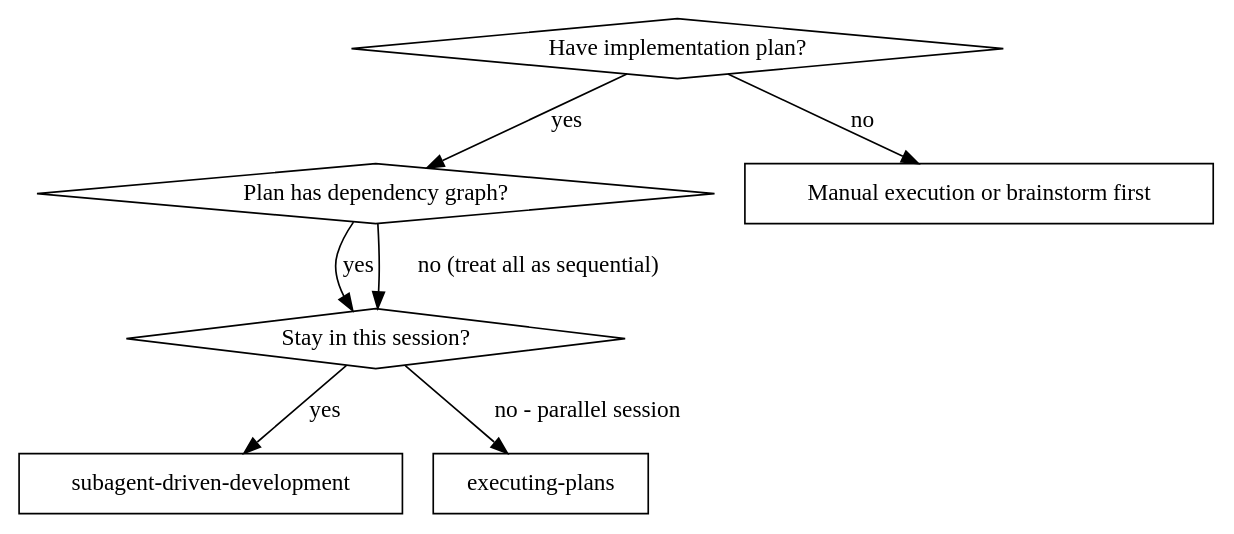
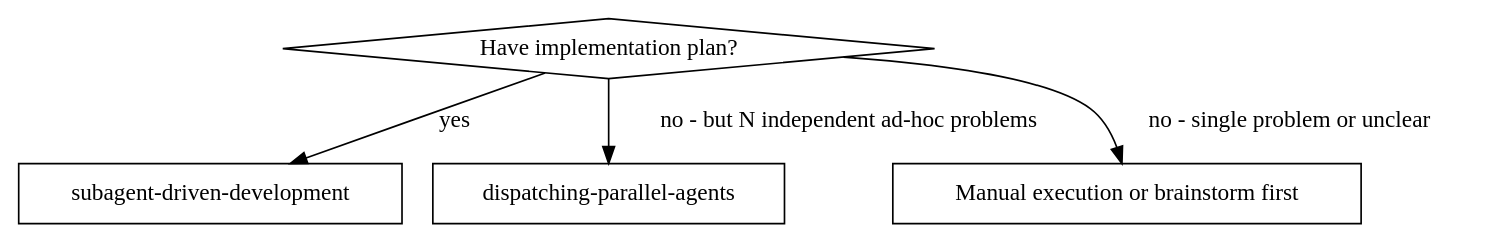
The first of 2 diagrams in .cursor/skills/subagent-driven-development/SKILL.md (zhu327/go-clean-arch), drawn with Graphviz before and after one commit. The commit also changed other lines of this file and 9 other files, not shown here.

````diff
--- a/.cursor/skills/subagent-driven-development/SKILL.md
+++ b/.cursor/skills/subagent-driven-development/SKILL.md
@@ -15,17 +15,12 @@
 ```dot
 digraph when_to_use {
     "Have implementation plan?" [shape=diamond];
-    "Plan has dependency graph?" [shape=diamond];
-    "Stay in this session?" [shape=diamond];
     "subagent-driven-development" [shape=box];
-    "executing-plans" [shape=box];
+    "dispatching-parallel-agents" [shape=box];
     "Manual execution or brainstorm first" [shape=box];
 
-    "Have implementation plan?" -> "Plan has dependency graph?" [label="yes"];
-    "Have implementation plan?" -> "Manual execution or brainstorm first" [label="no"];
-    "Plan has dependency graph?" -> "Stay in this session?" [label="yes"];
-    "Plan has dependency graph?" -> "Stay in this session?" [label="no (treat all as sequential)"];
-    "Stay in this session?" -> "subagent-driven-development" [label="yes"];
-    "Stay in this session?" -> "executing-plans" [label="no - parallel session"];
+    "Have implementation plan?" -> "subagent-driven-development" [label="yes"];
+    "Have implementation plan?" -> "dispatching-parallel-agents" [label="no - but N independent ad-hoc problems"];
+    "Have implementation plan?" -> "Manual execution or brainstorm first" [label="no - single problem or unclear"];
 }
 ```
````
